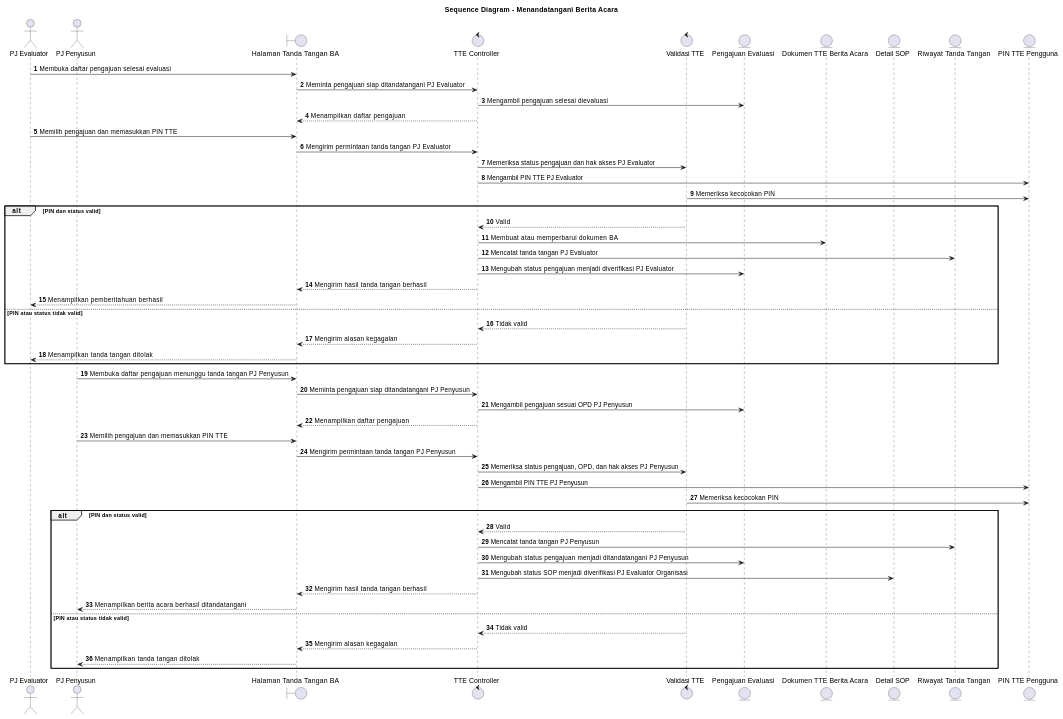
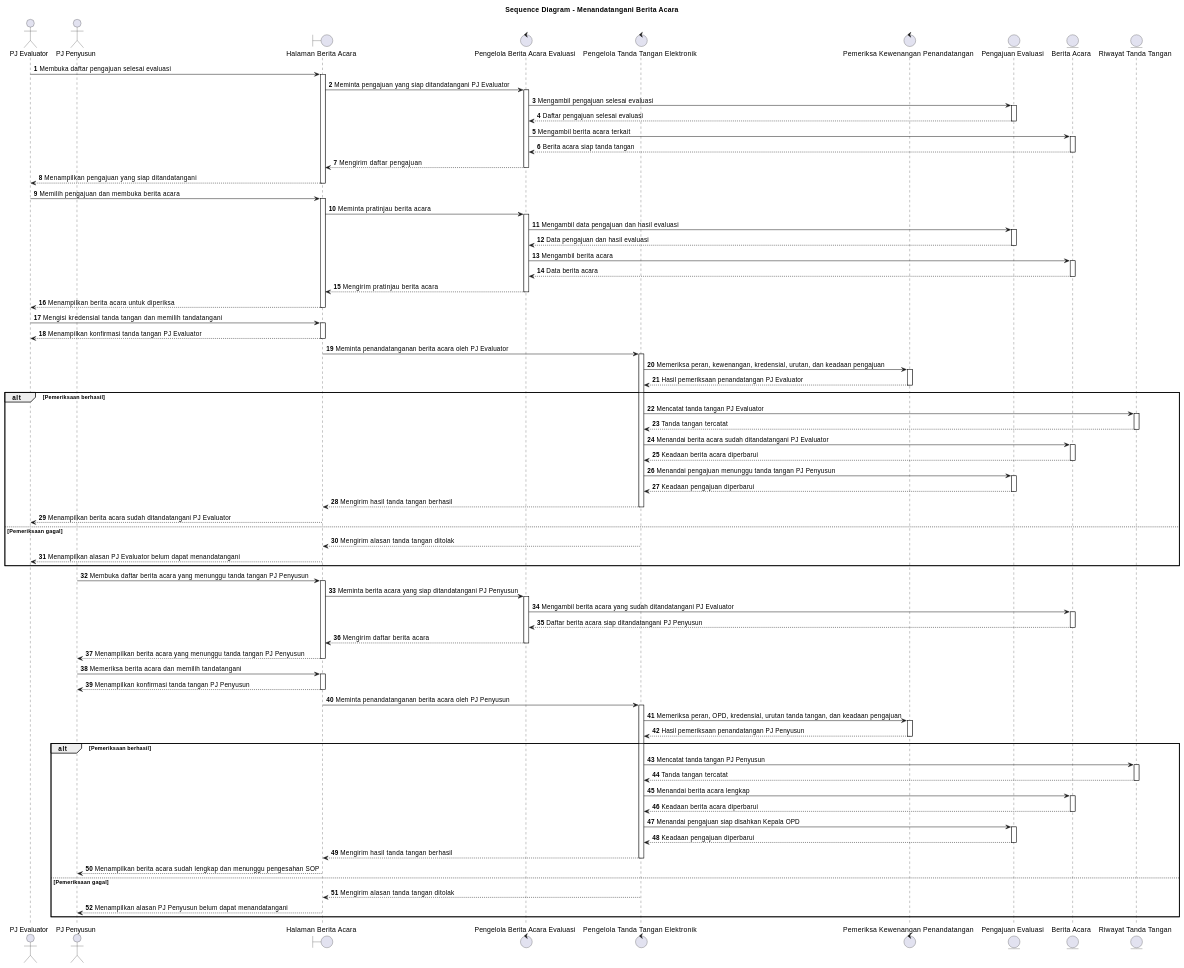
Before and after one commit to howlil/sop-generate-app: the diagram in docs/sequence/pj-evaluator-pj-penyusun-menandatangani-berita-acara.md, drawn with PlantUML. The commit also changed other lines of this file and 90 other files, not shown here.

````diff
--- a/docs/sequence/pj-evaluator-pj-penyusun-menandatangani-berita-acara.md
+++ b/docs/sequence/pj-evaluator-pj-penyusun-menandatangani-berita-acara.md
@@ -16,66 +16,81 @@
 ```plantuml
 @startuml
 title Sequence Diagram - Menandatangani Berita Acara
 autonumber
+autoactivate on
 
 actor "PJ Evaluator" as PJE
 actor "PJ Penyusun" as PJP
-boundary "Halaman Tanda Tangan BA" as UI
-control "TTE Controller" as TTECtrl
-control "Validasi TTE" as Validasi
+boundary "Halaman Berita Acara" as B
+control "Pengelola Berita Acara Evaluasi" as C
+control "Pengelola Tanda Tangan Elektronik" as D
+control "Pemeriksa Kewenangan Penandatangan" as E
 entity "Pengajuan Evaluasi" as Pengajuan
-entity "Dokumen TTE Berita Acara" as DokumenTTE
-entity "Detail SOP" as Detail
-entity "Riwayat Tanda Tangan" as Riwayat
-entity "PIN TTE Pengguna" as Pin
+entity "Berita Acara" as BeritaAcara
+entity "Riwayat Tanda Tangan" as RiwayatTandaTangan
 
-PJE -> UI : Membuka daftar pengajuan selesai evaluasi
-UI -> TTECtrl : Meminta pengajuan siap ditandatangani PJ Evaluator
-TTECtrl -> Pengajuan : Mengambil pengajuan selesai dievaluasi
-TTECtrl --> UI : Menampilkan daftar pengajuan
+PJE -> B : Membuka daftar pengajuan selesai evaluasi
+B -> C : Meminta pengajuan yang siap ditandatangani PJ Evaluator
+C -> Pengajuan : Mengambil pengajuan selesai evaluasi
+Pengajuan --> C : Daftar pengajuan selesai evaluasi
+C -> BeritaAcara : Mengambil berita acara terkait
+BeritaAcara --> C : Berita acara siap tanda tangan
+C --> B : Mengirim daftar pengajuan
+B --> PJE : Menampilkan pengajuan yang siap ditandatangani
 
-PJE -> UI : Memilih pengajuan dan memasukkan PIN TTE
-UI -> TTECtrl : Mengirim permintaan tanda tangan PJ Evaluator
-TTECtrl -> Validasi : Memeriksa status pengajuan dan hak akses PJ Evaluator
-TTECtrl -> Pin : Mengambil PIN TTE PJ Evaluator
-Validasi -> Pin : Memeriksa kecocokan PIN
+PJE -> B : Memilih pengajuan dan membuka berita acara
+B -> C : Meminta pratinjau berita acara
+C -> Pengajuan : Mengambil data pengajuan dan hasil evaluasi
+Pengajuan --> C : Data pengajuan dan hasil evaluasi
+C -> BeritaAcara : Mengambil berita acara
+BeritaAcara --> C : Data berita acara
+C --> B : Mengirim pratinjau berita acara
+B --> PJE : Menampilkan berita acara untuk diperiksa
 
-alt PIN dan status valid
-  Validasi --> TTECtrl : Valid
-  TTECtrl -> DokumenTTE : Membuat atau memperbarui dokumen BA
-  TTECtrl -> Riwayat : Mencatat tanda tangan PJ Evaluator
-  TTECtrl -> Pengajuan : Mengubah status pengajuan menjadi diverifikasi PJ Evaluator
-  TTECtrl --> UI : Mengirim hasil tanda tangan berhasil
-  UI --> PJE : Menampilkan pemberitahuan berhasil
-else PIN atau status tidak valid
-  Validasi --> TTECtrl : Tidak valid
-  TTECtrl --> UI : Mengirim alasan kegagalan
-  UI --> PJE : Menampilkan tanda tangan ditolak
+PJE -> B : Mengisi kredensial tanda tangan dan memilih tandatangani
+B --> PJE : Menampilkan konfirmasi tanda tangan PJ Evaluator
+B -> D : Meminta penandatanganan berita acara oleh PJ Evaluator
+D -> E : Memeriksa peran, kewenangan, kredensial, urutan, dan keadaan pengajuan
+E --> D : Hasil pemeriksaan penandatangan PJ Evaluator
+alt Pemeriksaan berhasil
+  D -> RiwayatTandaTangan : Mencatat tanda tangan PJ Evaluator
+  RiwayatTandaTangan --> D : Tanda tangan tercatat
+  D -> BeritaAcara : Menandai berita acara sudah ditandatangani PJ Evaluator
+  BeritaAcara --> D : Keadaan berita acara diperbarui
+  D -> Pengajuan : Menandai pengajuan menunggu tanda tangan PJ Penyusun
+  Pengajuan --> D : Keadaan pengajuan diperbarui
+  D --> B : Mengirim hasil tanda tangan berhasil
+  B --> PJE : Menampilkan berita acara sudah ditandatangani PJ Evaluator
+else Pemeriksaan gagal
+  D --> B : Mengirim alasan tanda tangan ditolak
+  B --> PJE : Menampilkan alasan PJ Evaluator belum dapat menandatangani
 end
 
-PJP -> UI : Membuka daftar pengajuan menunggu tanda tangan PJ Penyusun
-UI -> TTECtrl : Meminta pengajuan siap ditandatangani PJ Penyusun
-TTECtrl -> Pengajuan : Mengambil pengajuan sesuai OPD PJ Penyusun
-TTECtrl --> UI : Menampilkan daftar pengajuan
+PJP -> B : Membuka daftar berita acara yang menunggu tanda tangan PJ Penyusun
+B -> C : Meminta berita acara yang siap ditandatangani PJ Penyusun
+C -> BeritaAcara : Mengambil berita acara yang sudah ditandatangani PJ Evaluator
+BeritaAcara --> C : Daftar berita acara siap ditandatangani PJ Penyusun
+C --> B : Mengirim daftar berita acara
+B --> PJP : Menampilkan berita acara yang menunggu tanda tangan PJ Penyusun
 
-PJP -> UI : Memilih pengajuan dan memasukkan PIN TTE
-UI -> TTECtrl : Mengirim permintaan tanda tangan PJ Penyusun
-TTECtrl -> Validasi : Memeriksa status pengajuan, OPD, dan hak akses PJ Penyusun
-TTECtrl -> Pin : Mengambil PIN TTE PJ Penyusun
-Validasi -> Pin : Memeriksa kecocokan PIN
-
-alt PIN dan status valid
-  Validasi --> TTECtrl : Valid
-  TTECtrl -> Riwayat : Mencatat tanda tangan PJ Penyusun
-  TTECtrl -> Pengajuan : Mengubah status pengajuan menjadi ditandatangani PJ Penyusun
-  TTECtrl -> Detail : Mengubah status SOP menjadi diverifikasi PJ Evaluator Organisasi
-  TTECtrl --> UI : Mengirim hasil tanda tangan berhasil
-  UI --> PJP : Menampilkan berita acara berhasil ditandatangani
-else PIN atau status tidak valid
-  Validasi --> TTECtrl : Tidak valid
-  TTECtrl --> UI : Mengirim alasan kegagalan
-  UI --> PJP : Menampilkan tanda tangan ditolak
+PJP -> B : Memeriksa berita acara dan memilih tandatangani
+B --> PJP : Menampilkan konfirmasi tanda tangan PJ Penyusun
+B -> D : Meminta penandatanganan berita acara oleh PJ Penyusun
+D -> E : Memeriksa peran, OPD, kredensial, urutan tanda tangan, dan keadaan pengajuan
+E --> D : Hasil pemeriksaan penandatangan PJ Penyusun
+alt Pemeriksaan berhasil
+  D -> RiwayatTandaTangan : Mencatat tanda tangan PJ Penyusun
+  RiwayatTandaTangan --> D : Tanda tangan tercatat
+  D -> BeritaAcara : Menandai berita acara lengkap
+  BeritaAcara --> D : Keadaan berita acara diperbarui
+  D -> Pengajuan : Menandai pengajuan siap disahkan Kepala OPD
+  Pengajuan --> D : Keadaan pengajuan diperbarui
+  D --> B : Mengirim hasil tanda tangan berhasil
+  B --> PJP : Menampilkan berita acara sudah lengkap dan menunggu pengesahan SOP
+else Pemeriksaan gagal
+  D --> B : Mengirim alasan tanda tangan ditolak
+  B --> PJP : Menampilkan alasan PJ Penyusun belum dapat menandatangani
 end
 
 @enduml
 ```
````
